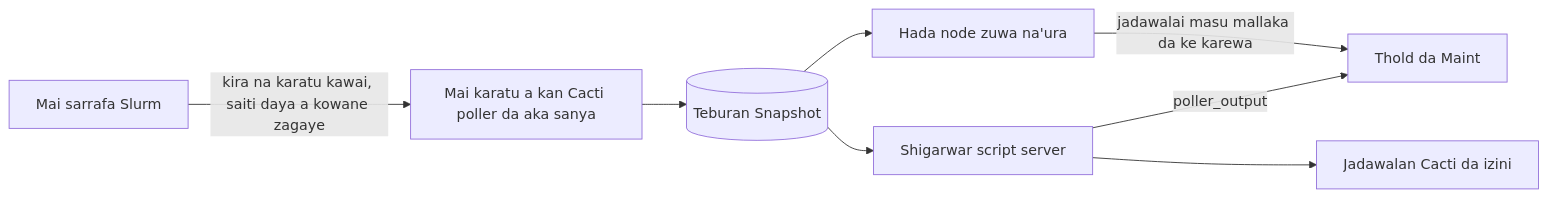
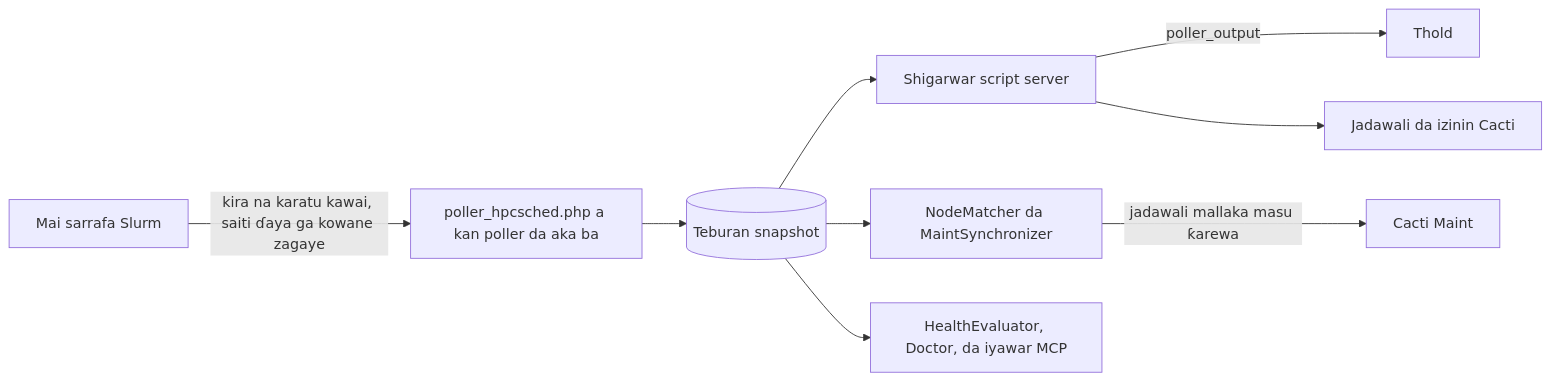
The diagram in docs/i18n/ha-NG/README.md (somethingwithproof/plugin_hpcsched), drawn with Mermaid before and after one commit. The commit also changed other lines of this file and 48 other files, not shown here.

````diff
--- a/docs/i18n/ha-NG/README.md
+++ b/docs/i18n/ha-NG/README.md
@@ -109,10 +163,11 @@
 ```mermaid
 flowchart LR
-    S[Mai sarrafa Slurm] -->|kira na karatu kawai, saiti daya a kowane zagaye| R[Mai karatu a kan Cacti poller da aka sanya]
-    R --> SNAP[(Teburan Snapshot)]
+    S[Mai sarrafa Slurm] -->|kira na karatu kawai, saiti ɗaya ga kowane zagaye| R[poller_hpcsched.php a kan poller da aka ba]
+    R --> SNAP[(Teburan snapshot)]
     SNAP --> SS[Shigarwar script server]
-    SS -->|poller_output| T[Thold da Maint]
-    SS --> G[Jadawalan Cacti da izini]
-    SNAP --> MAP[Hada node zuwa na'ura]
-    MAP -->|jadawalai masu mallaka da ke karewa| T
+    SS -->|poller_output| T[Thold]
+    SS --> G[Jadawali da izinin Cacti]
+    SNAP --> MAP[NodeMatcher da MaintSynchronizer]
+    MAP -->|jadawali mallaka masu ƙarewa| M[Cacti Maint]
+    SNAP --> H[HealthEvaluator, Doctor, da iyawar MCP]
 ```
````
